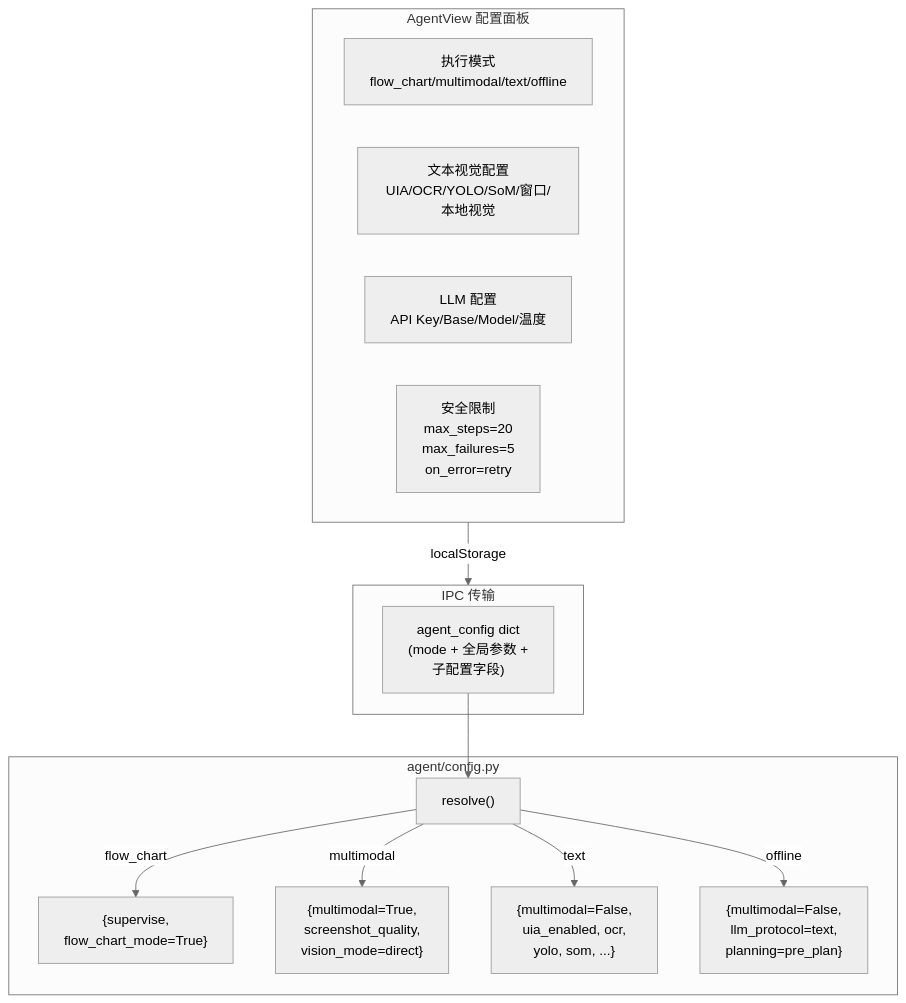
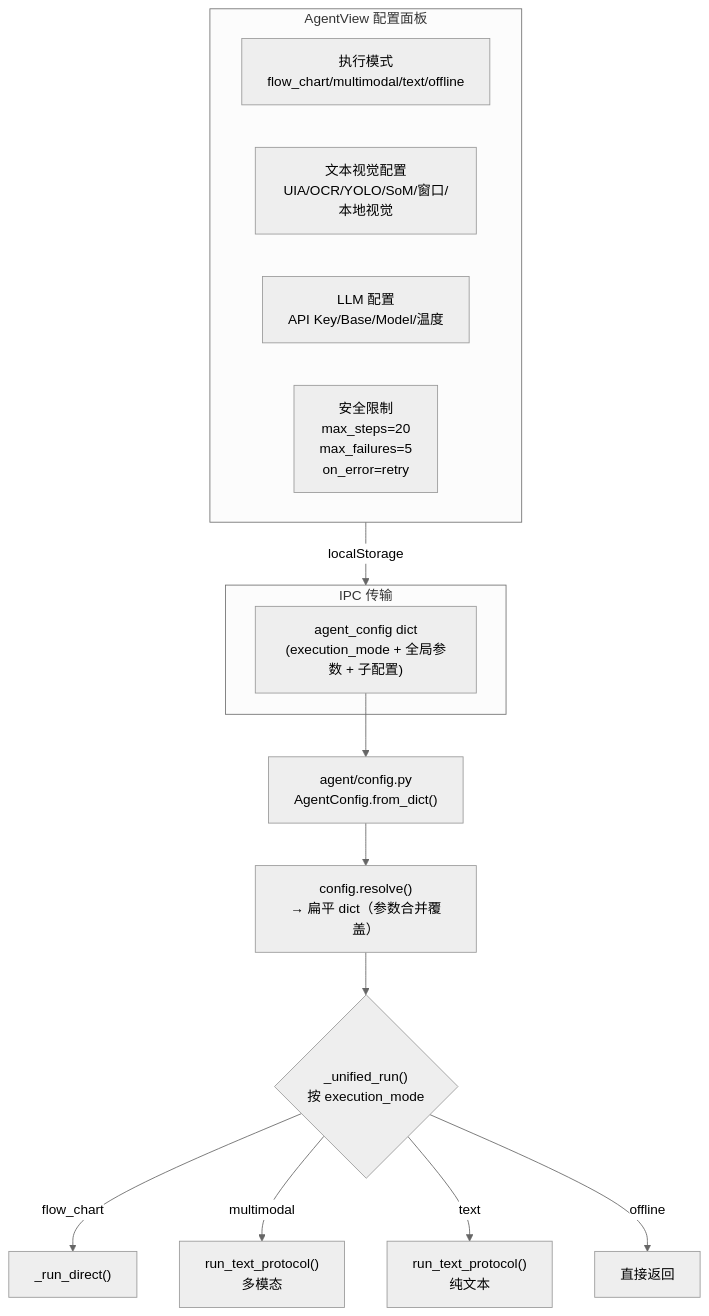
One commit to zoujiapeng/lingdong-script changed the fourth of 5 diagrams in docs/agent-runtime.md. Above: the diagram before and after it, drawn with Mermaid (neutral theme). The commit also changed other lines of this file, not shown here.

Commit message:
docs: 修正 agent-runtime.md 路由图 — resolve/dispatch/后处理层级准确对应代码

````diff
--- a/docs/agent-runtime.md
+++ b/docs/agent-runtime.md
@@ -206,24 +207,24 @@
 ```mermaid
 graph TB
     subgraph Frontend["AgentView 配置面板"]
         ExecutionMode["执行模式<br/>flow_chart/multimodal/text/offline"]
         TextVision["文本视觉配置<br/>UIA/OCR/YOLO/SoM/窗口/本地视觉"]
         LLMConfig["LLM 配置<br/>API Key/Base/Model/温度"]
         Safety["安全限制<br/>max_steps=20<br/>max_failures=5<br/>on_error=retry"]
     end
 
     Frontend --> |localStorage| IPC
     
     subgraph IPC["IPC 传输"]
-        Config["agent_config dict<br/>(mode + 全局参数 +<br/>子配置字段)"]
+        Config["agent_config dict<br/>(execution_mode + 全局参数 + 子配置)"]
     end
 
-    Config --> Resolve
+    Config --> AgentCfg["agent/config.py<br/>AgentConfig.from_dict()"]
+    AgentCfg --> Flat["config.resolve()<br/>→ 扁平 dict（参数合并覆盖）"]
     
-    subgraph AgentConfig["agent/config.py"]
-        Resolve["resolve()"] --> |flow_chart| FC["{supervise,<br/>flow_chart_mode=True}"]
-        Resolve --> |multimodal| MM["{multimodal=True,<br/>screenshot_quality,<br/>vision_mode=direct}"]
-        Resolve --> |text| TX["{multimodal=False,<br/>uia_enabled, ocr,<br/>yolo, som, ...}"]
-        Resolve --> |offline| OFF["{multimodal=False,<br/>llm_protocol=text,<br/>planning=pre_plan}"]
-    end
+    Flat --> Dispatch{"_unified_run()<br/>按 execution_mode"}
+    Dispatch --> |flow_chart| FC["_run_direct()"]
+    Dispatch --> |multimodal| MM["run_text_protocol()<br/>多模态"]
+    Dispatch --> |text| TX["run_text_protocol()<br/>纯文本"]
+    Dispatch --> |offline| OFF["直接返回"]
 ```
````
